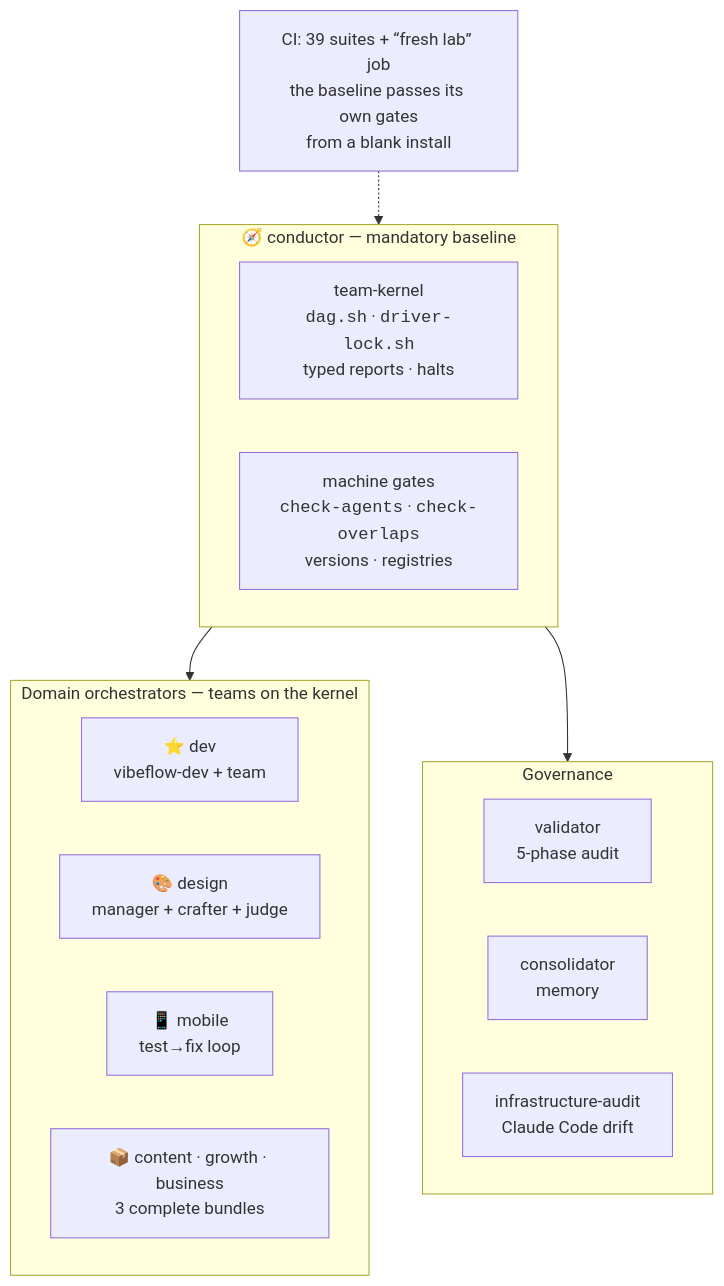
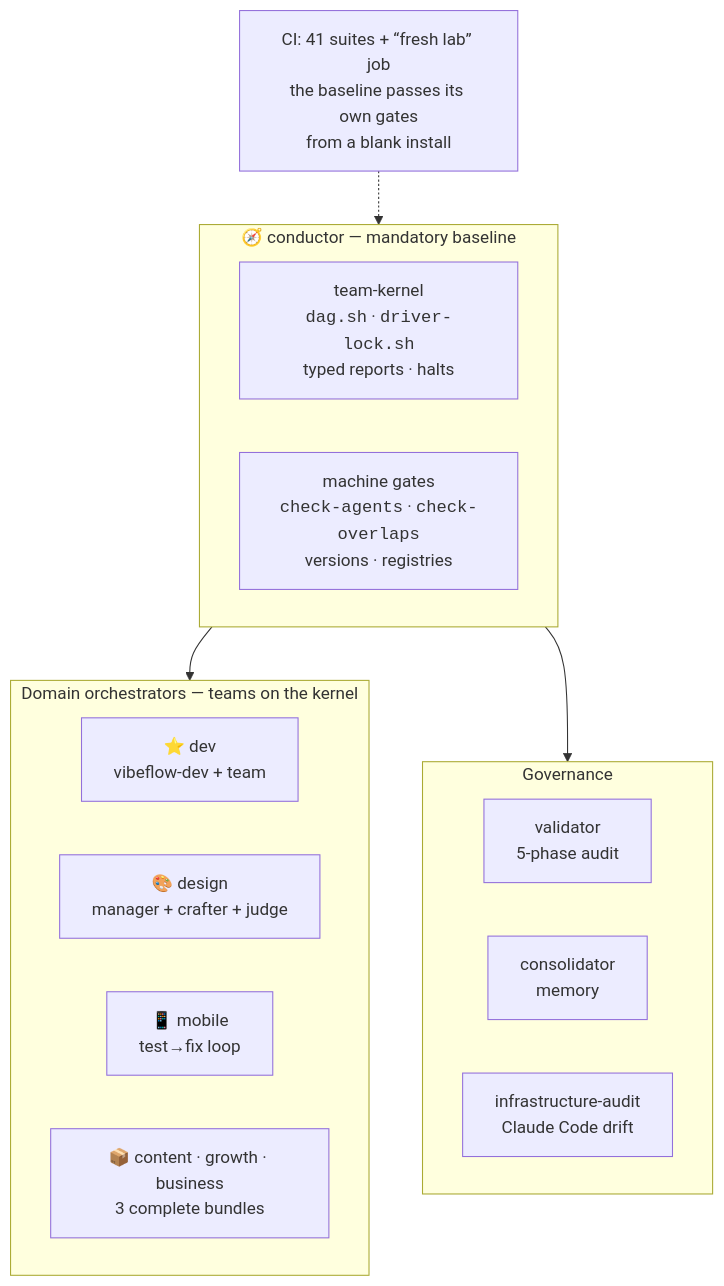
The fourth of 4 diagrams in README.md (picmakpro/vibeflow-os), drawn with Mermaid before and after one commit. The commit also changed other lines of this file and 6 other files, not shown here.

````diff
--- a/README.md
+++ b/README.md
@@ -146,21 +146,21 @@
 ```mermaid
 flowchart TD
     subgraph socle["🧭 conductor — mandatory baseline"]
         K["team-kernel<br/><code>dag.sh</code> · <code>driver-lock.sh</code><br/>typed reports · halts"]
         G["machine gates<br/><code>check-agents</code> · <code>check-overlaps</code><br/>versions · registries"]
     end
     subgraph orch["Domain orchestrators — teams on the kernel"]
         DEV["⭐ dev<br/>vibeflow-dev + team"]
         DES["🎨 design<br/>manager + crafter + judge"]
         MOB["📱 mobile<br/>test→fix loop"]
         BIZ["📦 content · growth · business<br/>3 complete bundles"]
     end
     subgraph gouv["Governance"]
         V["validator<br/>5-phase audit"]
         CO["consolidator<br/>memory"]
         IA["infrastructure-audit<br/>Claude Code drift"]
     end
     socle --> orch
     socle --> gouv
-    CI["CI: 39 suites + “fresh lab” job<br/>the baseline passes its own gates<br/>from a blank install"] -.-> socle
+    CI["CI: 41 suites + “fresh lab” job<br/>the baseline passes its own gates<br/>from a blank install"] -.-> socle
 ```
````
